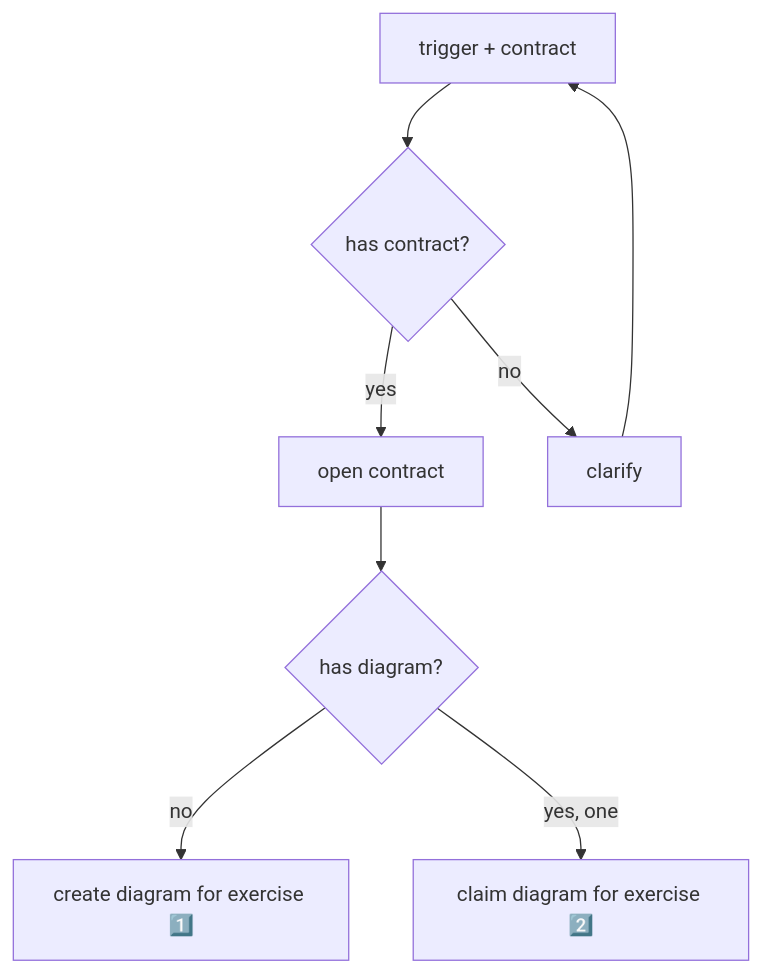
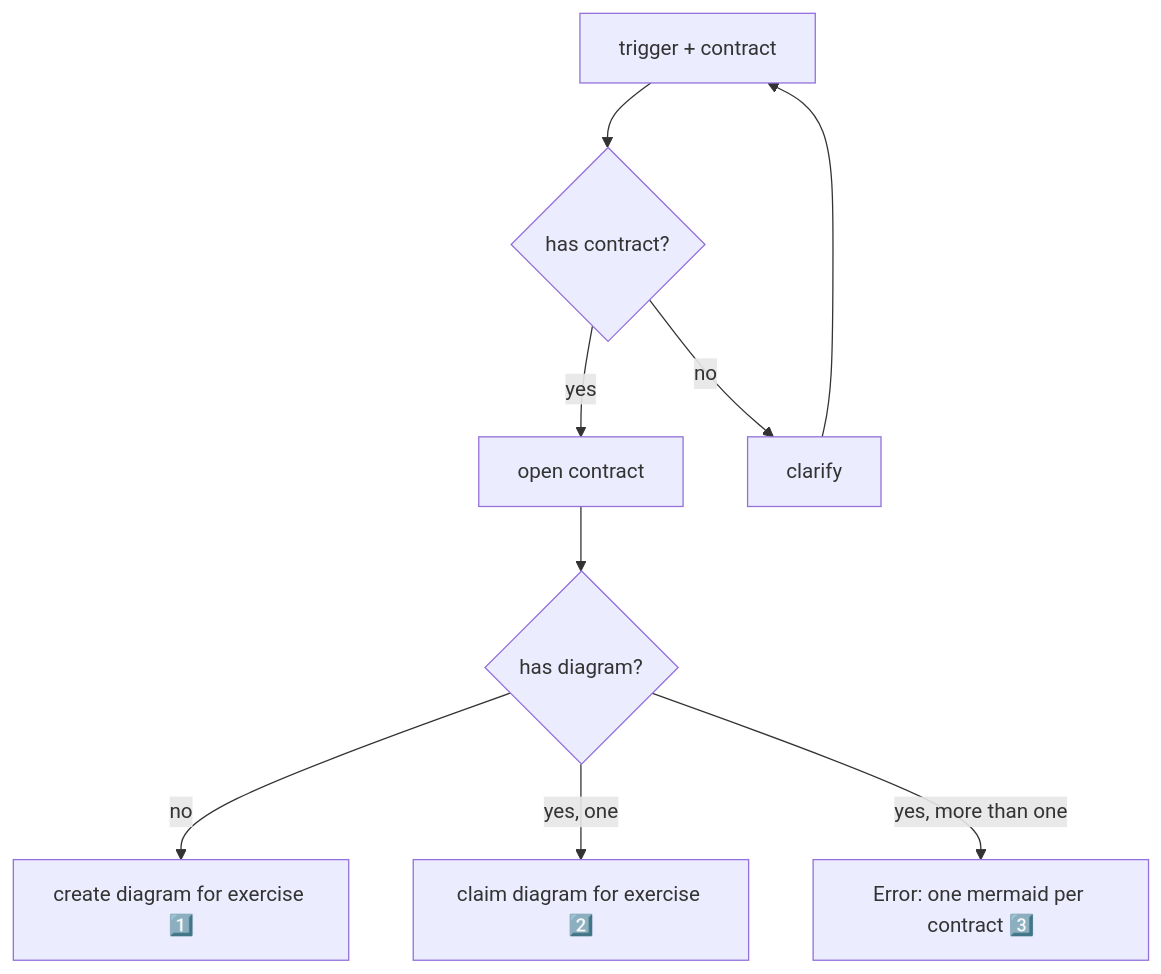
Before and after one commit to nonlinear/skills: the diagram in contract-diagram/SKILL.md, drawn with Mermaid. The commit also changed other lines of this file, not shown here.

Commit message:
Add 'yes, more than one' branch → Error: one mermaid per contract (3️⃣)

````diff
--- a/contract-diagram/SKILL.md
+++ b/contract-diagram/SKILL.md
@@ -18,19 +18,21 @@
 ```mermaid
 flowchart TD
     TRIGGER["trigger + contract"]
     CHECK_CONTRACT{"has contract?"}
     OPEN["open contract"]
     CLARIFY["clarify"]
     CHECK_DIAGRAM{"has diagram?"}
     CREATE["create diagram for exercise 1️⃣"]
     CLAIM["claim diagram for exercise 2️⃣"]
+    ERROR["Error: one mermaid per contract 3️⃣"]
     
     TRIGGER --> CHECK_CONTRACT
     CHECK_CONTRACT -->|yes| OPEN
     CHECK_CONTRACT -->|no| CLARIFY
     CLARIFY --> TRIGGER
     
     OPEN --> CHECK_DIAGRAM
     CHECK_DIAGRAM -->|no| CREATE
     CHECK_DIAGRAM -->|yes, one| CLAIM
+    CHECK_DIAGRAM -->|yes, more than one| ERROR
 ```
````
